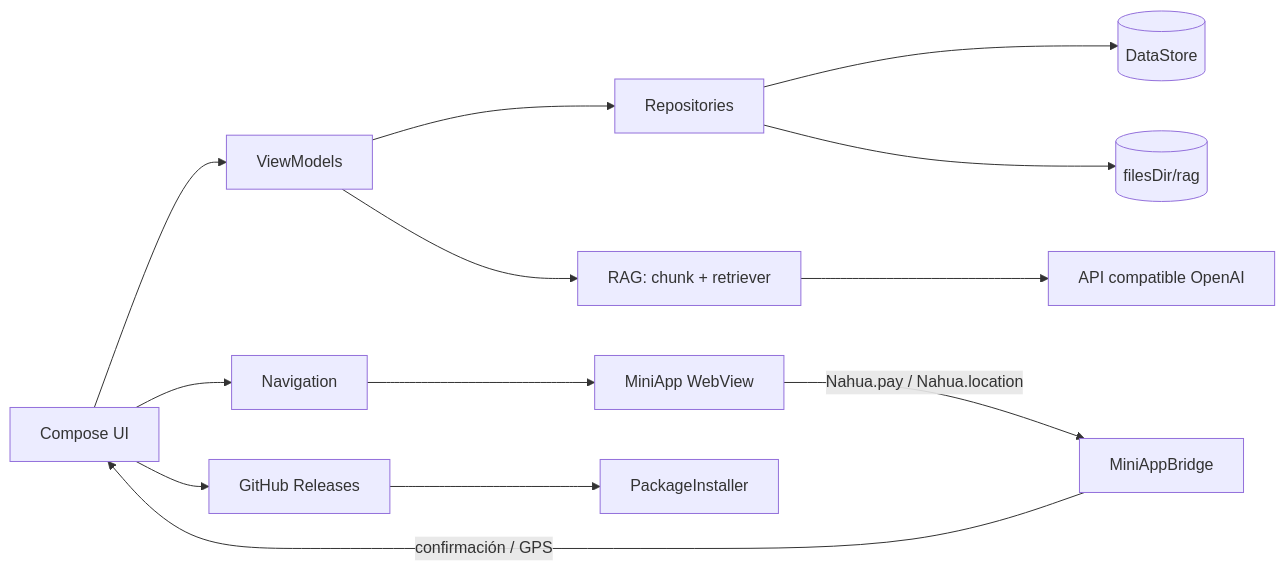
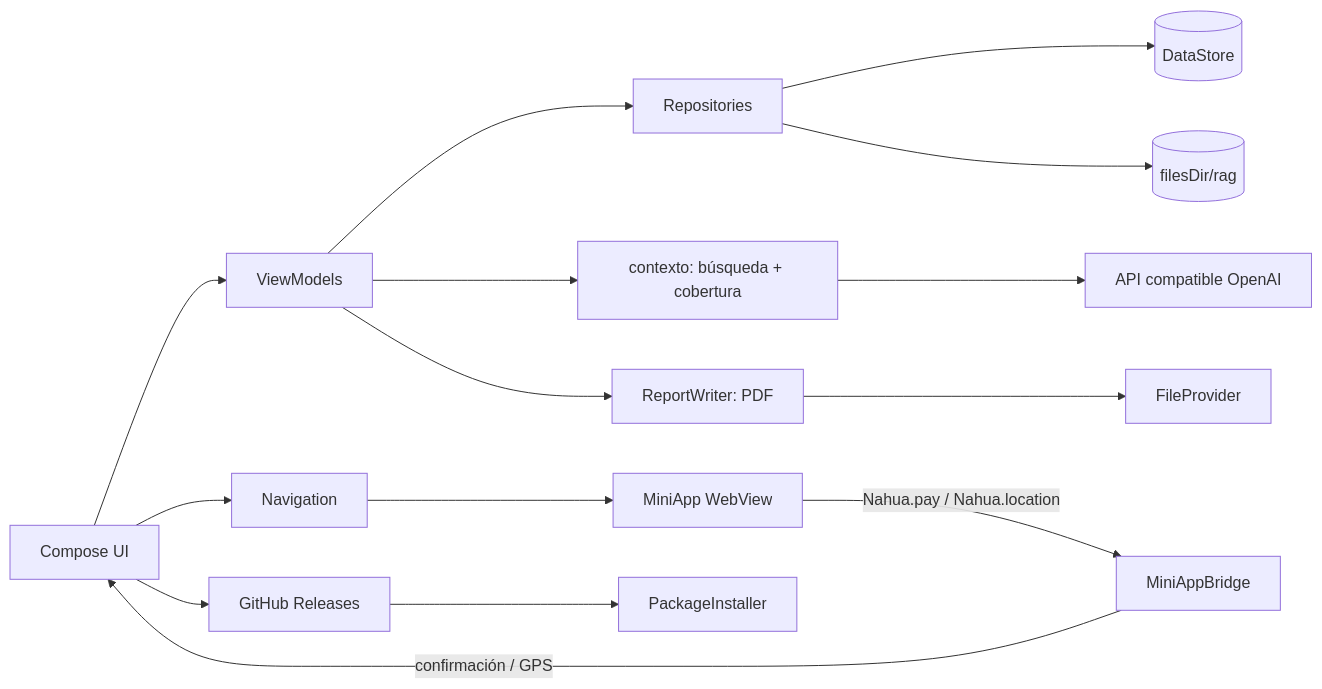
One commit to ruffol/nahua-superapp changed the diagram in README.md. Above: the diagram before and after it, drawn with Mermaid. The commit also changed other lines of this file and 29 other files, not shown here.

````diff
--- a/README.md
+++ b/README.md
@@ -111,15 +125,17 @@
 ```mermaid
 flowchart LR
     UI[Compose UI] --> VM[ViewModels]
     VM --> REPO[Repositories]
     REPO --> DS[(DataStore)]
     REPO --> FILES[(filesDir/rag)]
     UI --> NAV[Navigation]
     NAV --> WEB[MiniApp WebView]
     WEB -- Nahua.pay / Nahua.location --> BRIDGE[MiniAppBridge]
     BRIDGE -- confirmación / GPS --> UI
-    VM --> RAG[RAG: chunk + retriever]
+    VM --> RAG[contexto: búsqueda + cobertura]
     RAG --> LLM[API compatible OpenAI]
+    VM --> PDF[ReportWriter: PDF]
+    PDF --> SHARE[FileProvider]
     UI --> UPD[GitHub Releases]
     UPD --> INST[PackageInstaller]
 ```
````
